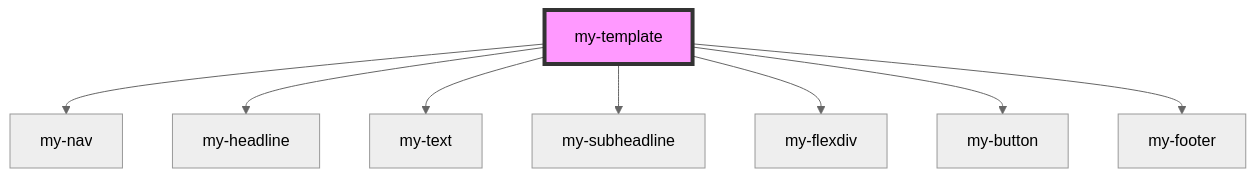
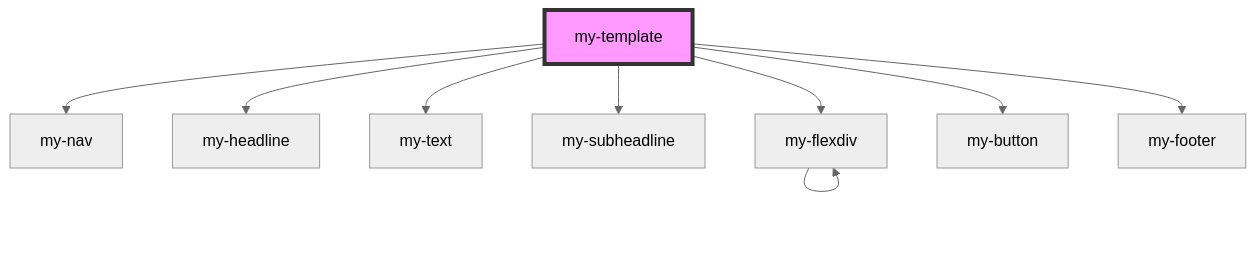
The diagram in gestaltgesetze/src/components/my-template/readme.md (chrisdancer/Stencil), drawn with Mermaid (neutral theme) before and after one commit. The commit also changed 10 other files, not shown here.

````diff
--- a/gestaltgesetze/src/components/my-template/readme.md
+++ b/gestaltgesetze/src/components/my-template/readme.md
@@ -21,11 +21,12 @@
 ```mermaid
 graph TD;
   my-template --> my-nav
   my-template --> my-headline
   my-template --> my-text
   my-template --> my-subheadline
   my-template --> my-flexdiv
   my-template --> my-button
   my-template --> my-footer
+  my-flexdiv --> my-flexdiv
   style my-template fill:#f9f,stroke:#333,stroke-width:4px
 ```
````
